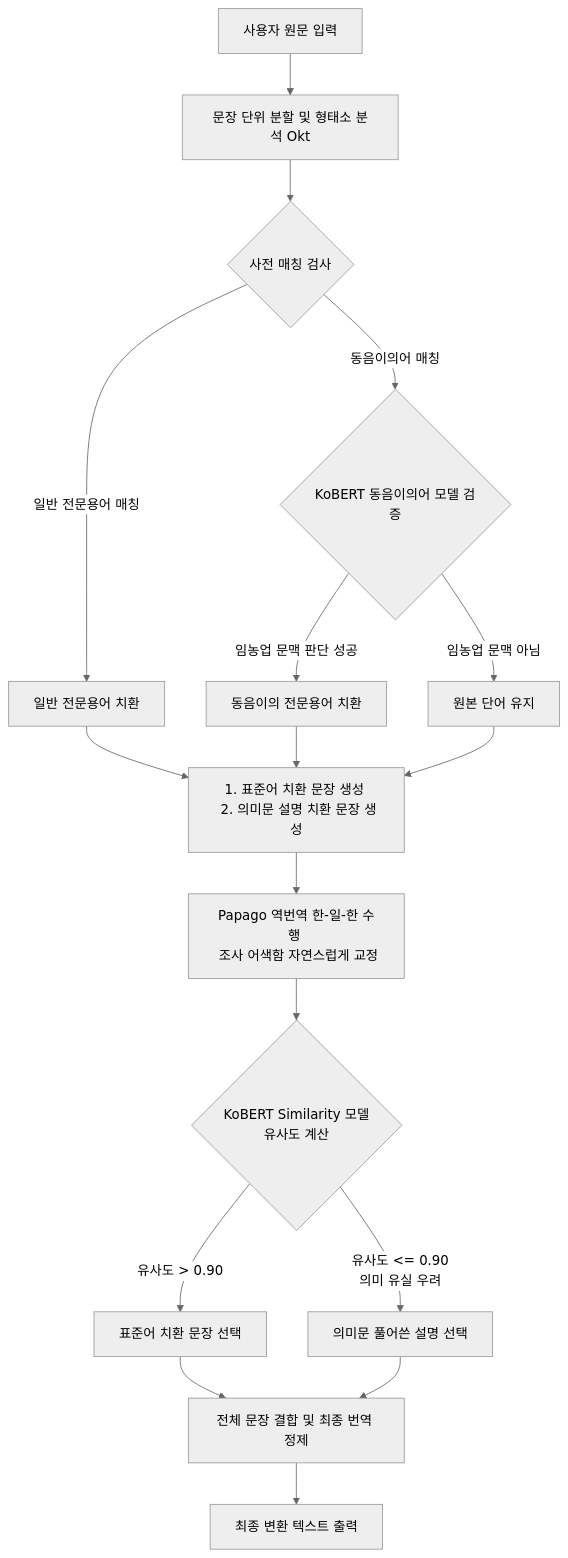
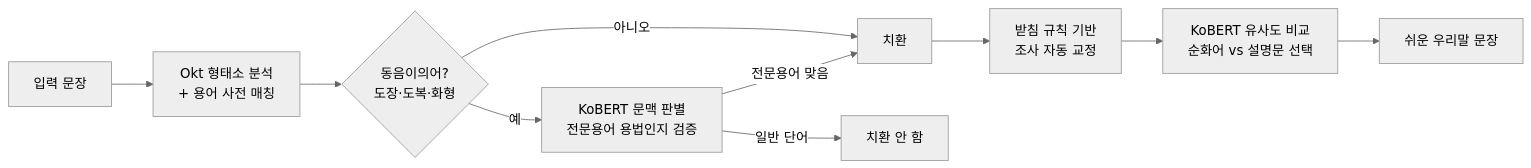
The diagram in README.md (Kim-jin-gwang/GreenGlossary), drawn with Mermaid (neutral theme) before and after one commit. The commit also changed other lines of this file and 13 other files, not shown here.

First line of the commit message:
refactor: replace dead Papago back-translation, prepare live demo

````diff
--- a/README.md
+++ b/README.md
@@ -38,32 +25,12 @@
 ```mermaid
-graph TD
-    %% Input
-    Input[사용자 원문 입력] --> Split[문장 단위 분할 및 형태소 분석 Okt]
-
-    %% Matching
-    Split --> Match{사전 매칭 검사}
-    Match -->|일반 전문용어 매칭| NormalReplace[일반 전문용어 치환]
-    Match -->|동음이의어 매칭| HomonymCheck{KoBERT 동음이의어 모델 검증}
-    
-    %% Homonym Decision
-    HomonymCheck -->|임농업 문맥 판단 성공| HomonymReplace[동음이의 전문용어 치환]
-    HomonymCheck -->|임농업 문맥 아님| NoReplace[원본 단어 유지]
-
-    %% Generation
-    NormalReplace --> GenTexts[1. 표준어 치환 문장 생성 <br> 2. 의미문 설명 치환 문장 생성]
-    HomonymReplace --> GenTexts
-    NoReplace --> GenTexts
-
-    %% Translation
-    GenTexts --> ReverseTrans[Papago 역번역 한-일-한 수행 <br> 조사 어색함 자연스럽게 교정]
-
-    %% Similarity Comparison
-    ReverseTrans --> SimCalc{KoBERT Similarity 모델 <br> 유사도 계산}
-    SimCalc -->|유사도 > 0.90| SelectStd[표준어 치환 문장 선택]
-    SimCalc -->|유사도 <= 0.90 <br> 의미 유실 우려| SelectMean[의미문 풀어쓴 설명 선택]
-
-    %% Final Output
-    SelectStd --> Concat[전체 문장 결합 및 최종 번역 정제]
-    SelectMean --> Concat
-    Concat --> Output[최종 변환 텍스트 출력]
+flowchart LR
+    A[입력 문장] --> B[Okt 형태소 분석<br>+ 용어 사전 매칭]
+    B --> C{동음이의어?<br>도장·도복·화형}
+    C -->|예| D[KoBERT 문맥 판별<br>전문용어 용법인지 검증]
+    C -->|아니오| E[치환]
+    D -->|전문용어 맞음| E
+    D -->|일반 단어| F[치환 안 함]
+    E --> G[받침 규칙 기반<br>조사 자동 교정]
+    G --> H[KoBERT 유사도 비교<br>순화어 vs 설명문 선택]
+    H --> I[쉬운 우리말 문장]
 ```
````
